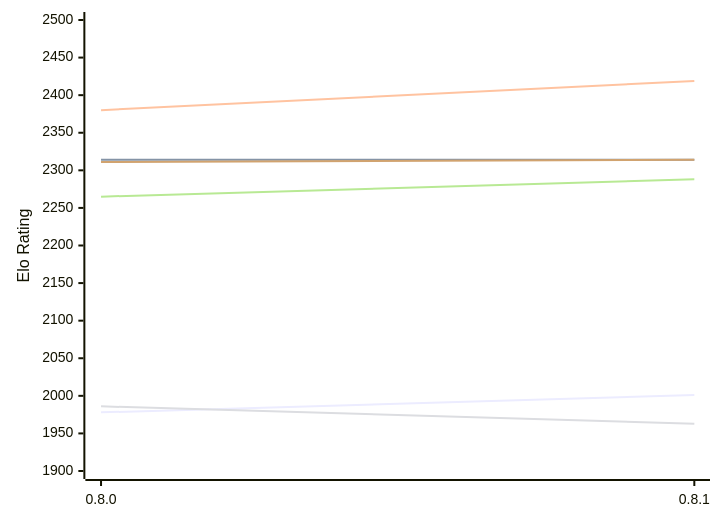
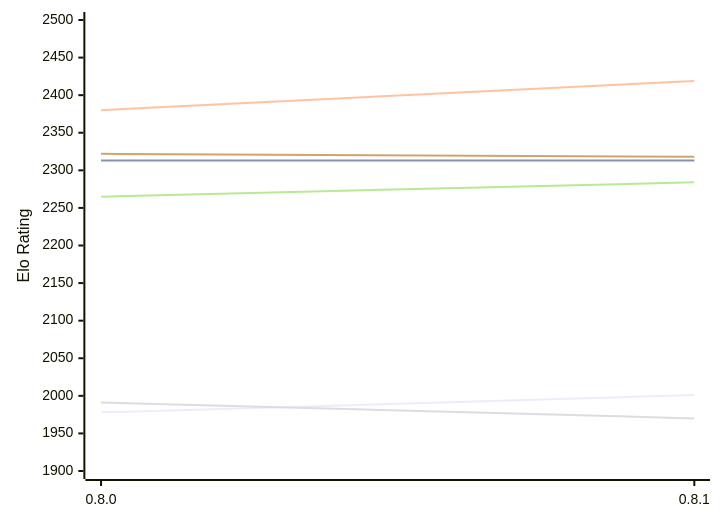
One commit to computer-chess-index/cci changed the diagram in engines/LittleWing.md. Above: the diagram before and after it, drawn with Mermaid. The commit also changed other lines of this file, not shown here.

Commit message:
Update CCI Ratings (ELO VLTC) - 2026-11-17

````diff
--- a/engines/LittleWing.md
+++ b/engines/LittleWing.md
@@ -49,12 +49,12 @@
 ```mermaid
 %%{init: {"theme":"base","themeVariables":{"seriesColors:['#a3a3a3','#222221','#faa371']}}}%%
 xychart-beta
   x-axis ["0.8.0", "0.8.1"]
   y-axis "Elo Rating" 1900 --> 2500
   line "E1: STC (8.0+0.08s)" [1978, 2001]
-  line "E1: LTC (60.0+0.60s)" [2314, 2314]
+  line "E1: LTC (60.0+0.60s)" [2313, 2313]
   line "E1: VLTC (2m24s+1.12s)" [2380, 2419]
-  line "P1: STC (8.0+0.08s)" [1986, 1963]
-  line "P1: LTC (60.0+0.60s)" [2265, 2288]
-  line "P1: VLTC (2m24s+1.12s)" [2311, 2314]
+  line "P1: STC (8.0+0.08s)" [1991, 1970]
+  line "P1: LTC (60.0+0.60s)" [2265, 2284]
+  line "P1: VLTC (2m24s+1.12s)" [2322, 2318]
 ```
````
